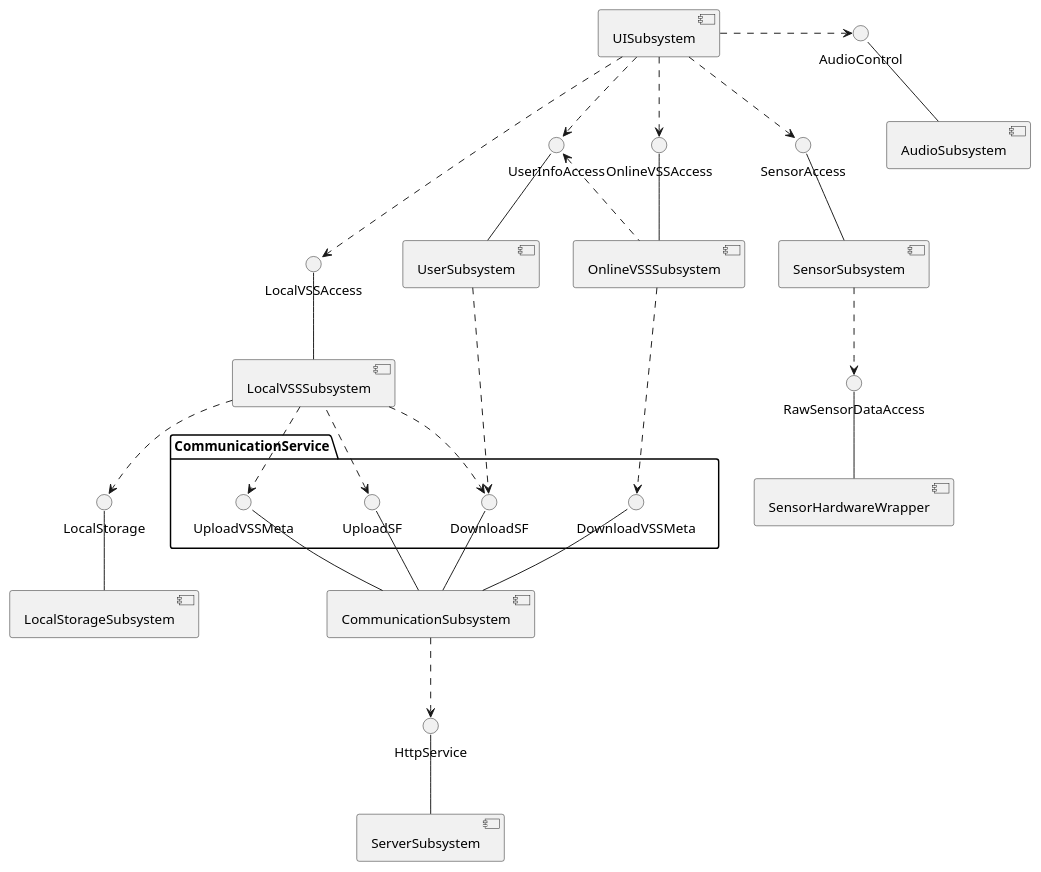
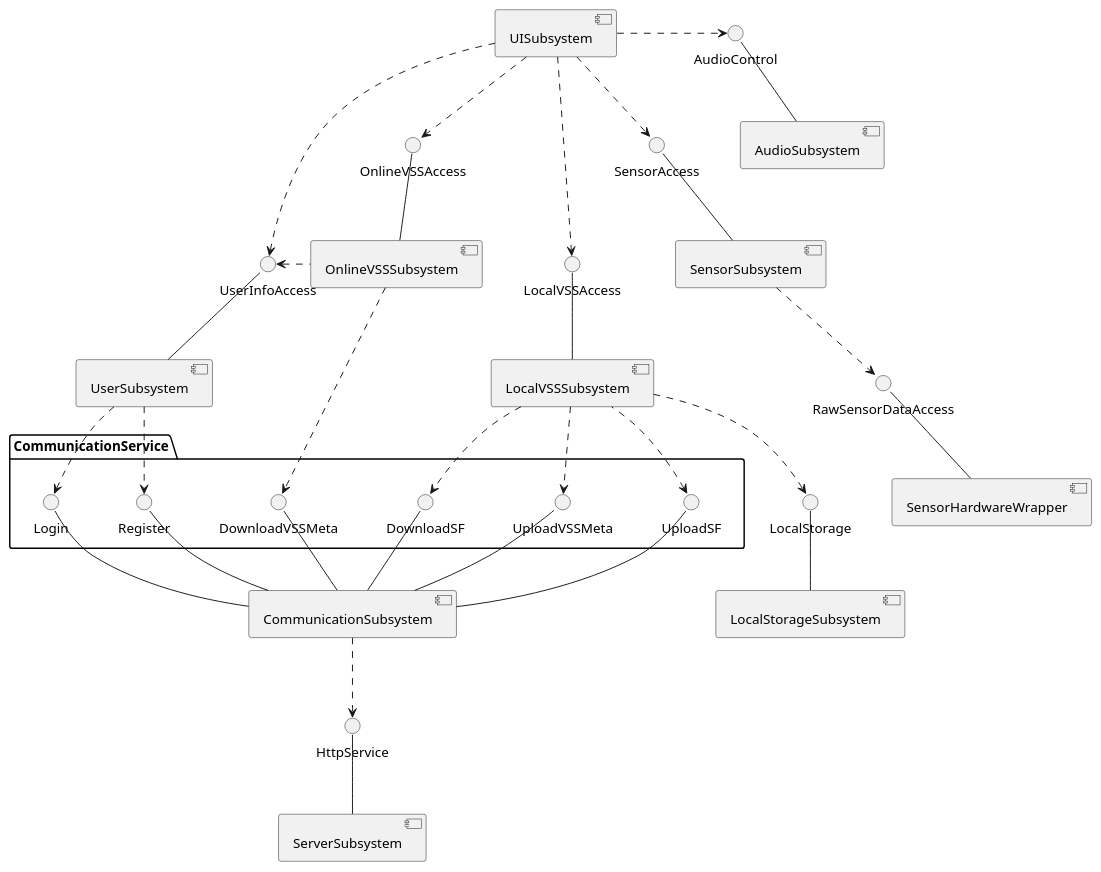
One commit to kpp19920121/doc changed the first of 14 diagrams in 设计/软件架构文档.md. Above: the diagram before and after it, drawn with PlantUML. The commit also changed other lines of this file and 5 other files, not shown here.

Commit message:
更改对象模型，写了Online和User两个子系统的类图

````diff
--- a/设计/软件架构文档.md
+++ b/设计/软件架构文档.md
@@ -84,62 +84,68 @@
 ```PlantUML
 @startuml Diagrams/SubsystemDecomposition
 skinparam componentStyle uml2
 
 interface "LocalStorage" as LS
 
 interface "SensorAccess" as SA
 interface "RawSensorDataAccess" as BC
 interface "UserInfoAccess" as UIA
 interface "OnlineVSSAccess" as OVA
 interface "LocalVSSAccess" as LVA
 interface "AudioControl" as AC
 
 
 
 
 package "CommunicationService" {
-    interface "UploadVSSMeta" as UL
+    interface "UploadVSSMeta" as UM
     interface "DownloadVSSMeta" as DL
     interface "UploadSF" as GR
     interface "DownloadSF" as US
+    interface "Register" as RG
+    interface "Login" as LG
 }
 component "CommunicationSubsystem" as CommunicationSubsystem
 
-    UL -- CommunicationSubsystem
+    UM -- CommunicationSubsystem
     DL -- CommunicationSubsystem
     GR -- CommunicationSubsystem
     US -- CommunicationSubsystem
+    RG -- CommunicationSubsystem
+    LG -- CommunicationSubsystem
 
 [LocalVSSSubsystem]
 [OnlineVSSSubsystem]
 [SensorSubsystem] -up- SA
 [SensorHardwareWrapper] -up- BC
 [SensorSubsystem] ..> BC
 [UserSubsystem] -up- UIA
 [UISubsystem] ..> UIA
 
 [LocalStorageSubsystem] -up- LS
 [LocalVSSSubsystem] ..> LS
 [AudioSubsystem] -up- AC
 [UISubsystem] .-r.> AC
 
 
 UIA <. [OnlineVSSSubsystem]
 
 
 [CommunicationSubsystem] .down.> HttpService
 [ServerSubsystem] -up- HttpService
 [OnlineVSSSubsystem] -up- OVA
 [LocalVSSSubsystem] -up- LVA
+[UserSubsystem] ..> LG
+[UserSubsystem] ..> RG
 
-[LocalVSSSubsystem] .down.> UL
+[LocalVSSSubsystem] .down.> UM
 [LocalVSSSubsystem] .up.> GR
 [LocalVSSSubsystem] .down.> US
+
 [OnlineVSSSubsystem] .-down.> DL
-[UserSubsystem] .-down-> US
-
+[OnlineVSSSubsystem] .[hidden].> US 
 [UISubsystem] -down.> OVA
 [UISubsystem] .down.> LVA
 [UISubsystem] ..> SA
 @enduml
 ```
````
